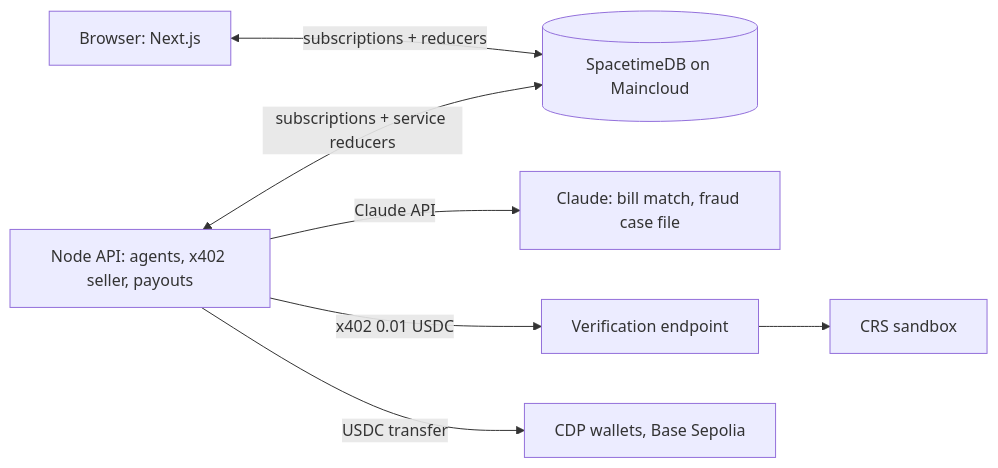
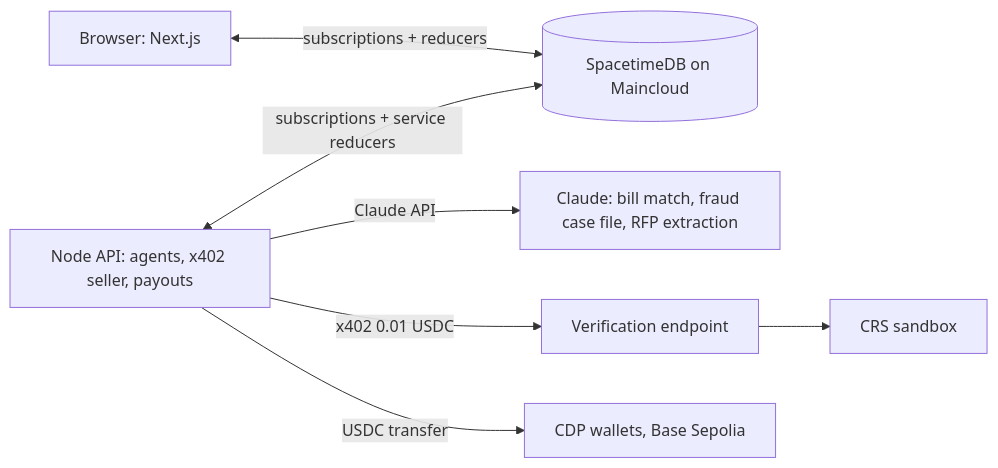
One commit to txshah/govflow changed the diagram in README.md. Above: the diagram before and after it, drawn with Mermaid. The commit also changed other lines of this file and 7 other files, not shown here.

````diff
--- a/README.md
+++ b/README.md
@@ -41,8 +57,8 @@
 ```mermaid
 flowchart LR
     B[Browser: Next.js] <-- subscriptions + reducers --> S[(SpacetimeDB on Maincloud)]
     A[Node API: agents, x402 seller, payouts] <-- subscriptions + service reducers --> S
-    A -->|Claude API| C[Claude: bill match, fraud case file]
+    A -->|Claude API| C[Claude: bill match, fraud case file, RFP extraction]
     A -->|x402 0.01 USDC| X[Verification endpoint] --> R[CRS sandbox]
     A -->|USDC transfer| W[CDP wallets, Base Sepolia]
 ```
````
